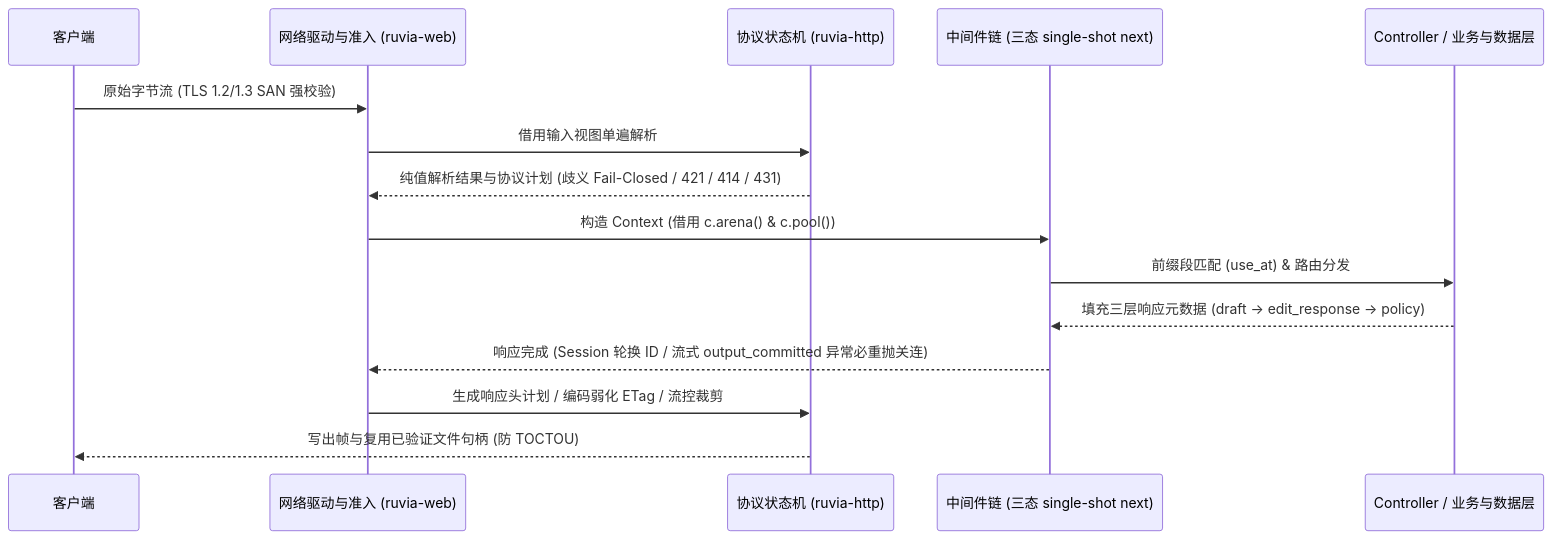
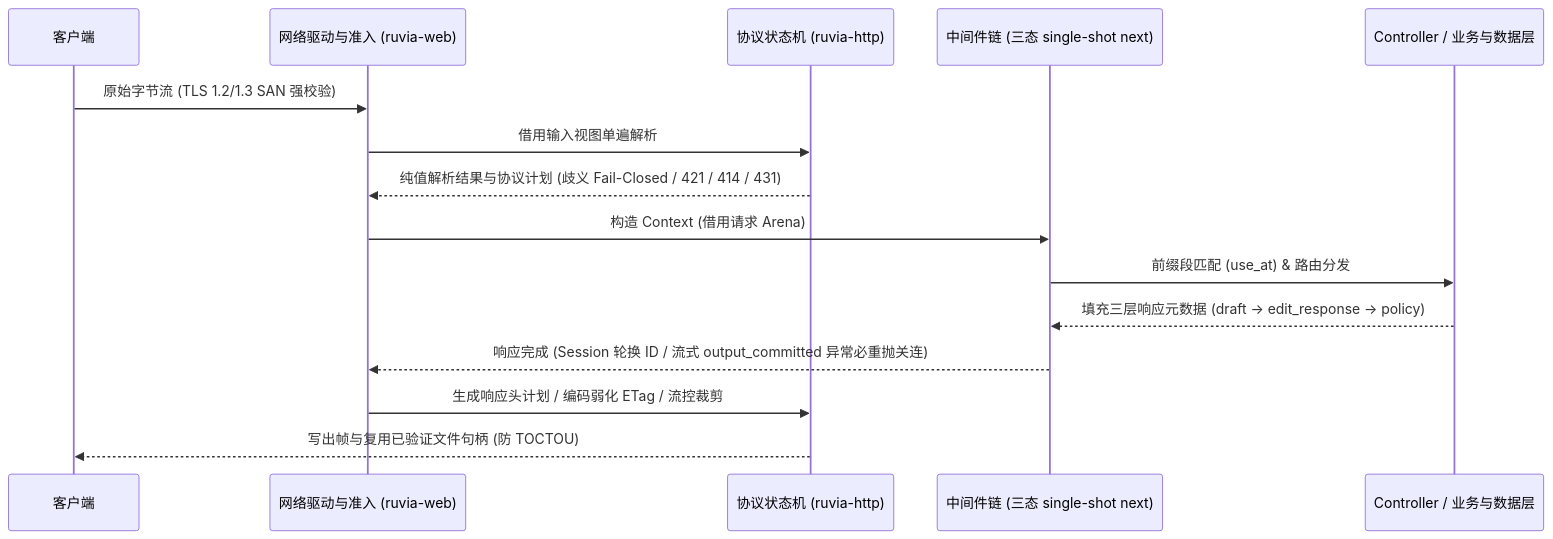
One commit to hyird/Ruvia changed the fourth of 4 diagrams in AGENTS.md. Above: the diagram before and after it, drawn with Mermaid. The commit also changed other lines of this file and 132 other files, not shown here.

Commit message:
Simplify mimalloc memory resource and retain context pool accessor

````diff
--- a/AGENTS.md
+++ b/AGENTS.md
@@ -141,18 +139,18 @@
 ```mermaid
 sequenceDiagram
     participant C as 客户端
     participant IO as 网络驱动与准入 (ruvia-web)
     participant P as 协议状态机 (ruvia-http)
     participant M as 中间件链 (三态 single-shot next)
     participant H as Controller / 业务与数据层
 
     C->>IO: 原始字节流 (TLS 1.2/1.3 SAN 强校验)
     IO->>P: 借用输入视图单遍解析
     P-->>IO: 纯值解析结果与协议计划 (歧义 Fail-Closed / 421 / 414 / 431)
-    IO->>M: 构造 Context (借用 c.arena() & c.pool())
+    IO->>M: 构造 Context (借用请求 Arena)
     M->>H: 前缀段匹配 (use_at) & 路由分发
     H-->>M: 填充三层响应元数据 (draft -> edit_response -> policy)
     M-->>IO: 响应完成 (Session 轮换 ID / 流式 output_committed 异常必重抛关连)
     IO->>P: 生成响应头计划 / 编码弱化 ETag / 流控裁剪
     P-->>C: 写出帧与复用已验证文件句柄 (防 TOCTOU)
 ```
````
